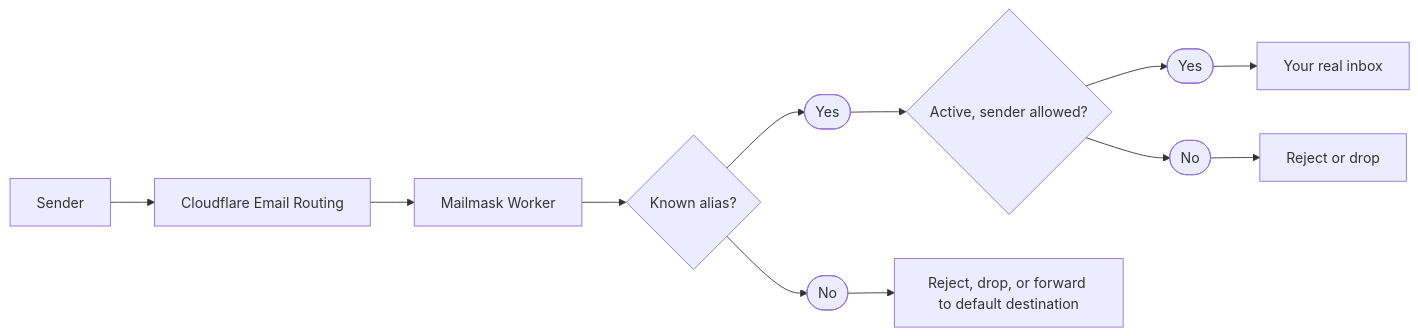
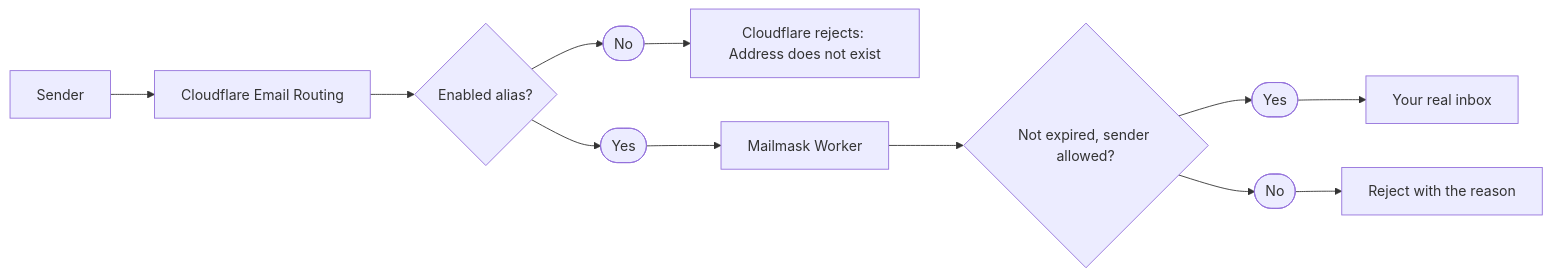
One commit to cbnventures/mailmask changed the diagram in apps/docs/docs/overview.mdx. Above: the diagram before and after it, drawn with Mermaid. The commit also changed other lines of this file and 65 other files, not shown here.

````diff
--- a/apps/docs/docs/overview.mdx
+++ b/apps/docs/docs/overview.mdx
@@ -48,10 +48,10 @@
 ```mermaid
 flowchart LR
     Sender[Sender] --> Routing[Cloudflare Email Routing]
-    Routing --> Worker[Mailmask Worker]
-    Worker --> Known{Known alias?}
-    Known --> KnownYes([Yes]):::muted --> Active{Active, sender allowed?}
+    Routing --> Known{Enabled alias?}
+    Known --> KnownNo([No]):::muted --> Unknown[Cloudflare rejects: Address does not exist]
+    Known --> KnownYes([Yes]):::muted --> Worker[Mailmask Worker]
+    Worker --> Active{Not expired, sender allowed?}
     Active --> ActiveYes([Yes]):::muted --> Inbox[Your real inbox]
-    Active --> ActiveNo([No]):::muted --> Refuse[Reject or drop]
-    Known --> KnownNo([No]):::muted --> Unknown[Reject, drop, or forward to default destination]
+    Active --> ActiveNo([No]):::muted --> Refuse[Reject with the reason]
 ```
````
